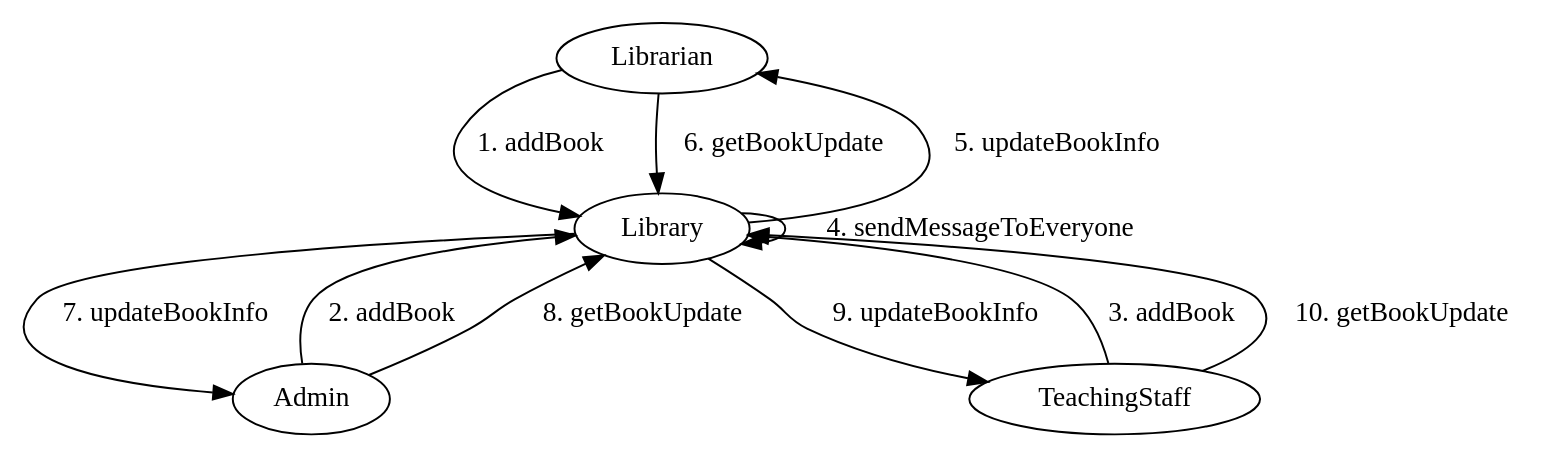
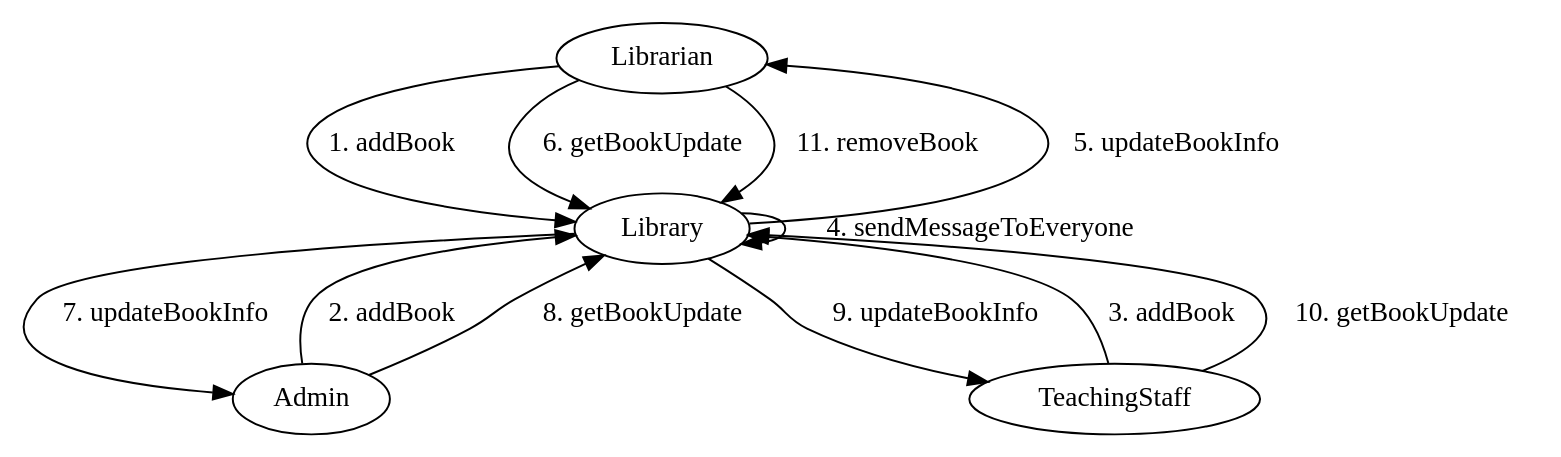
The diagram in Library_call_graph.dot (Utsav-Virani/AspactJ-Java), drawn with Graphviz before and after one commit. The commit also changed 6 other files, not shown here.

```diff
--- a/Library_call_graph.dot
+++ b/Library_call_graph.dot
@@ -1,20 +1,21 @@
 /*
  * Description: This is an automatically generated .DOT file
  * representing a call graph.
  * Author: Utsav Bharatbhai Virani, Het Jatin Dalal
- * Date: 2022/10/31 21:58:37
+ * Date: 2022/10/31 22:14:27
  *
  */
 digraph Library_call_graph {
  node [shape = oval];
  Librarian -> Library[ label = "1. addBook" ];
  Admin -> Library[ label = "2. addBook" ];
  TeachingStaff -> Library[ label = "3. addBook" ];
  Library -> Library[ label = "4. sendMessageToEveryone" ];
  Library -> Librarian[ label = "5. updateBookInfo" ];
  Librarian -> Library[ label = "6. getBookUpdate" ];
  Library -> Admin[ label = "7. updateBookInfo" ];
  Admin -> Library[ label = "8. getBookUpdate" ];
  Library -> TeachingStaff[ label = "9. updateBookInfo" ];
  TeachingStaff -> Library[ label = "10. getBookUpdate" ];
+ Librarian -> Library[ label = "11. removeBook" ];
 }
```
